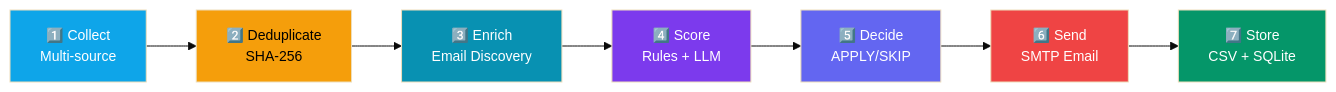
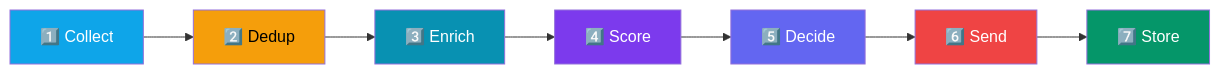
The third of 8 diagrams in ARCHITECTURE.md (FiscalMindset/job), drawn with Mermaid before and after one commit. The commit also changed other lines of this file, not shown here.

First line of the commit message:
docs: reorganize ARCHITECTURE.md into collapsible tabbed sections

````diff
--- a/ARCHITECTURE.md
+++ b/ARCHITECTURE.md
@@ -216,26 +165,12 @@
 ```mermaid
-%%{init: {'theme': 'base', 'themeVariables': { 'fontSize': '14px'}}}%%
 flowchart LR
-    COLLECT["1️⃣ Collect<br/>Multi-source"]
-    DEDUP["2️⃣ Deduplicate<br/>SHA-256"]
-    ENRICH["3️⃣ Enrich<br/>Email Discovery"]
-    SCORE["4️⃣ Score<br/>Rules + LLM"]
-    DECIDE["5️⃣ Decide<br/>APPLY/SKIP"]
-    SEND["6️⃣ Send<br/>SMTP Email"]
-    STORE["7️⃣ Store<br/>CSV + SQLite"]
-
-    COLLECT --> DEDUP
-    DEDUP --> ENRICH
-    ENRICH --> SCORE
-    SCORE --> DECIDE
-    DECIDE --> SEND
-    SEND --> STORE
-
-    style COLLECT fill:#0ea5e9,color:#fff
-    style DEDUP fill:#f59e0b,color:#000
-    style ENRICH fill:#0891b2,color:#fff
-    style SCORE fill:#7c3aed,color:#fff
-    style DECIDE fill:#6366f1,color:#fff
+    C["1️⃣ Collect"] --> D["2️⃣ Dedup"] --> E["3️⃣ Enrich"] --> S["4️⃣ Score"]
+    S --> DEC["5️⃣ Decide"] --> SEND["6️⃣ Send"] --> STORE["7️⃣ Store"]
+    style C fill:#0ea5e9,color:#fff
+    style D fill:#f59e0b,color:#000
+    style E fill:#0891b2,color:#fff
+    style S fill:#7c3aed,color:#fff
+    style DEC fill:#6366f1,color:#fff
     style SEND fill:#ef4444,color:#fff
     style STORE fill:#059669,color:#fff
 ```
````
